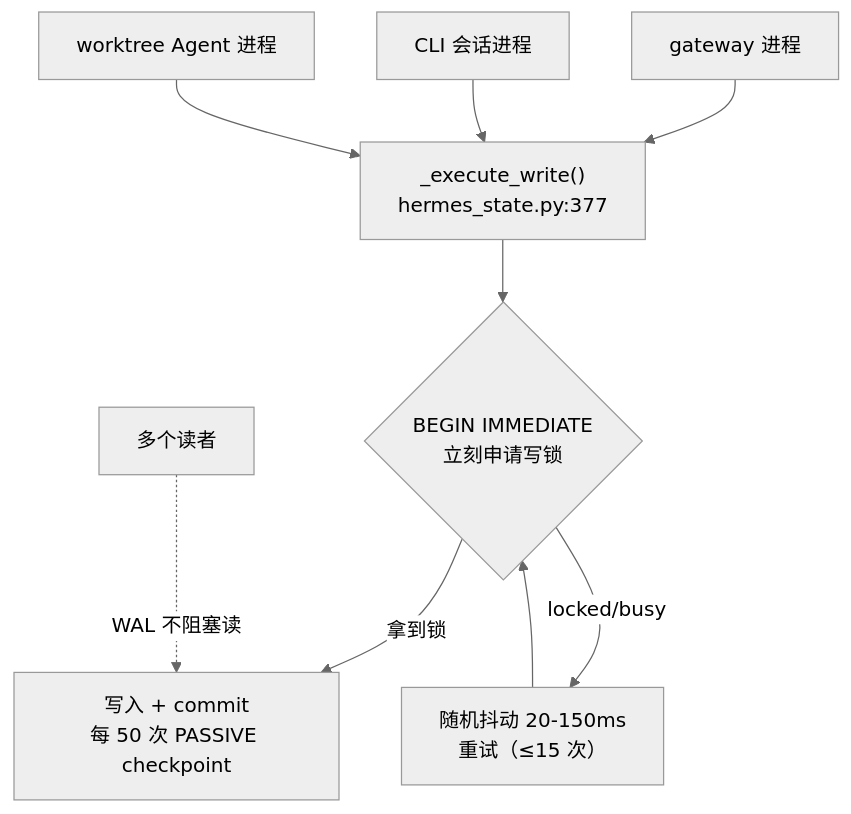
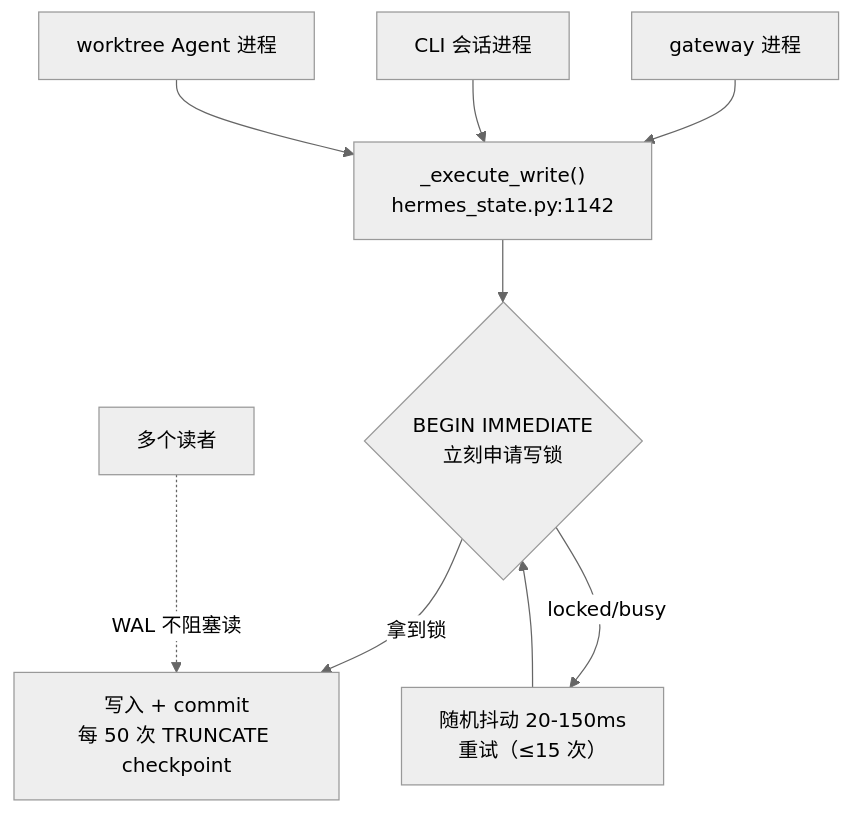
Before and after one commit to fang-lin/hermes-agent-code-analysis: the first of 3 diagrams in docs/zh/13-工程实践.md, drawn with Mermaid (neutral theme). The commit also changed other lines of this file, not shown here.

Commit message:
13 章更新至 v0.18.2：SCHEMA 19/TRUNCATE checkpoint/四路日志/原子写三重硬化/CI 动态 8 路

````diff
--- a/docs/zh/13-工程实践.md
+++ b/docs/zh/13-工程实践.md
@@ -97,12 +97,12 @@
 ```mermaid
 flowchart TD
     P1["gateway 进程"] --> W
     P2["CLI 会话进程"] --> W
     P3["worktree Agent 进程"] --> W
-    W["_execute_write()<br/>hermes_state.py:377"]
+    W["_execute_write()<br/>hermes_state.py:1142"]
     W --> BI{"BEGIN IMMEDIATE<br/>立刻申请写锁"}
-    BI -->|拿到锁| OK["写入 + commit<br/>每 50 次 PASSIVE checkpoint"]
+    BI -->|拿到锁| OK["写入 + commit<br/>每 50 次 TRUNCATE checkpoint"]
     BI -->|"locked/busy"| RETRY["随机抖动 20-150ms<br/>重试（≤15 次）"]
     RETRY --> BI
     READERS["多个读者"] -.->|"WAL 不阻塞读"| OK
 ```
````
